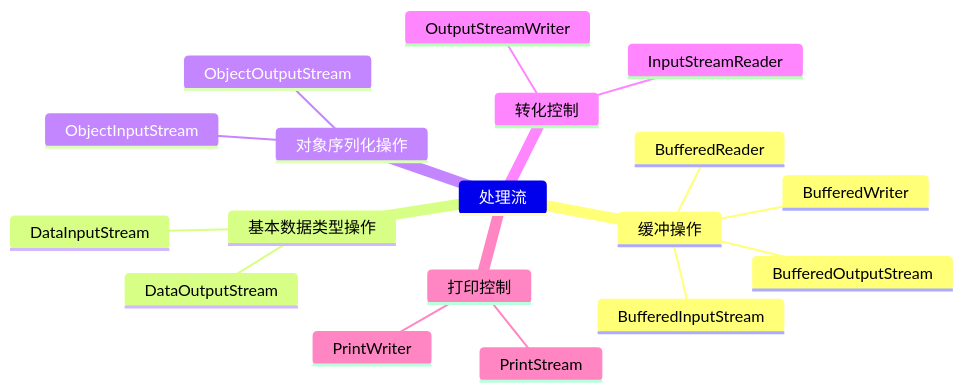
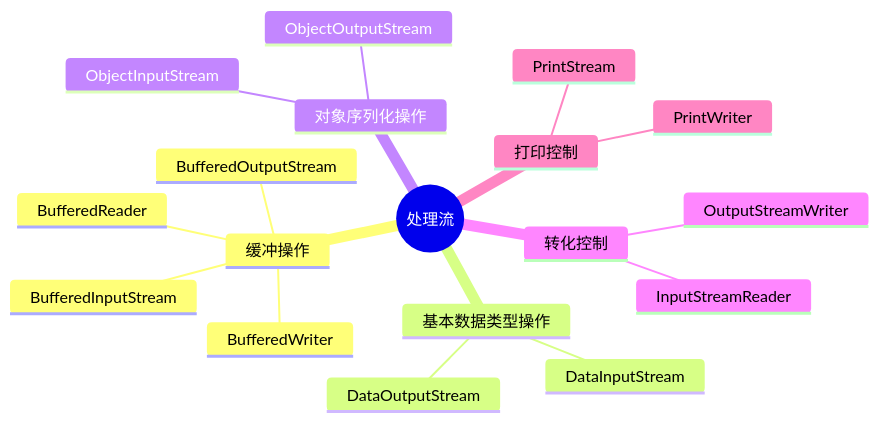
Before and after one commit to 0xcaffebabe/note: the first of 3 diagrams in doc/编程语言/JAVA/高级/IO.md, drawn with Mermaid. The commit also changed other lines of this file and 12 other files, not shown here.

First line of the commit message:
docs(mindmap): 统一思维导图根节点格式

````diff
--- a/doc/编程语言/JAVA/高级/IO.md
+++ b/doc/编程语言/JAVA/高级/IO.md
@@ -14,21 +14,21 @@
 ```mermaid
 mindmap
- 处理流
+ root((处理流))
     缓冲操作
         BufferedInputStream
         BufferedOutputStream
         BufferedReader
         BufferedWriter
     基本数据类型操作
         DataInputStream
         DataOutputStream
     对象序列化操作
         ObjectInputStream
         ObjectOutputStream
     转化控制
         InputStreamReader
         OutputStreamWriter
     打印控制
         PrintStream
         PrintWriter
 ```
````
